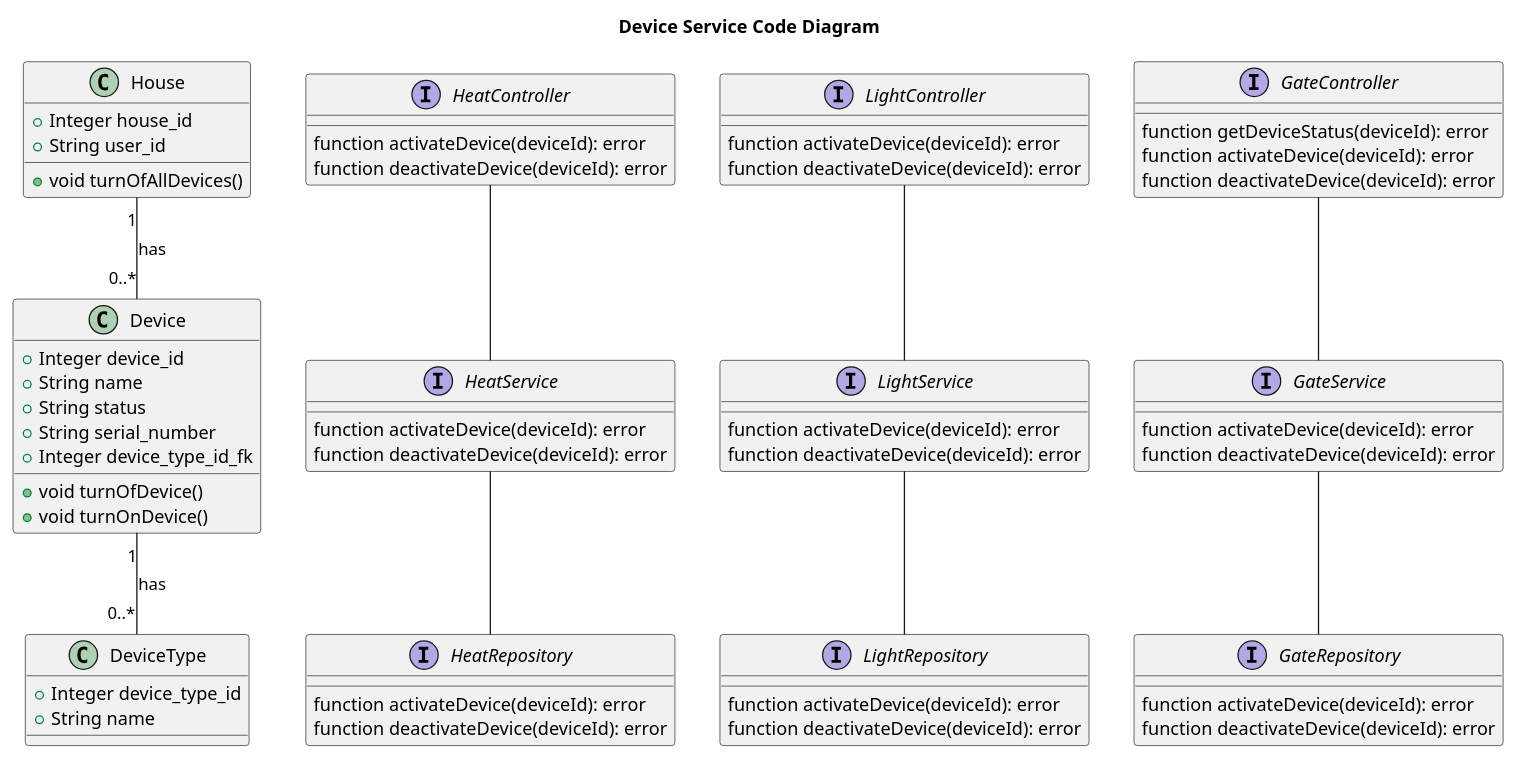
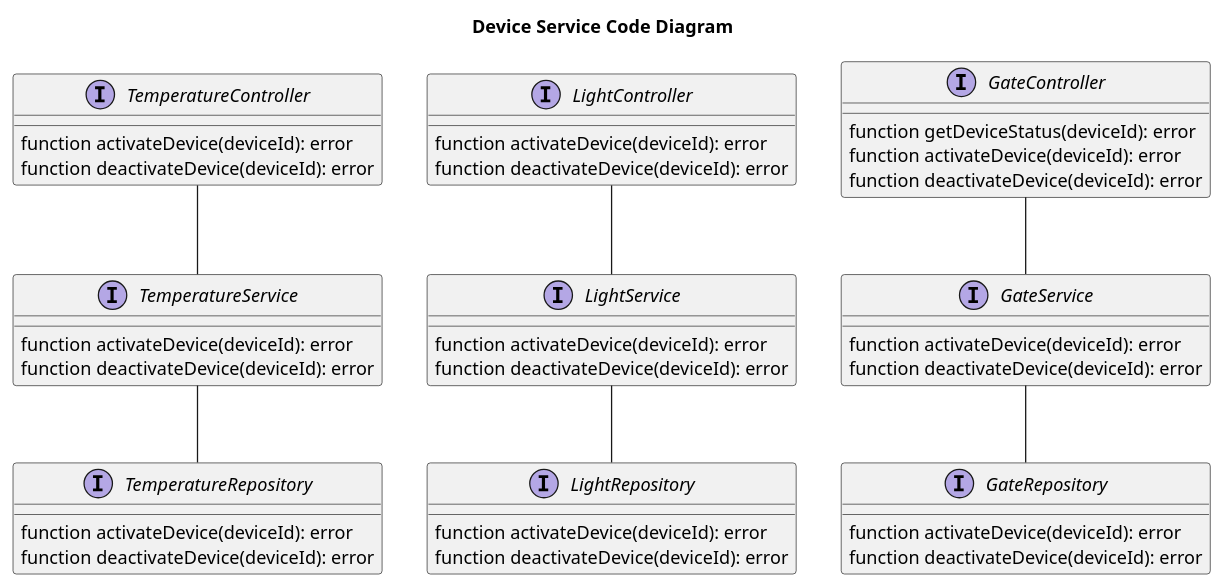
One commit to ildar-i/architecture-warmhouse changed the diagram in schemas/device_code.puml. Above: the diagram before and after it, drawn with PlantUML. The commit also changed 7 other files, not shown here.

```diff
--- a/schemas/device_code.puml
+++ b/schemas/device_code.puml
@@ -1,84 +1,60 @@
 @startuml
 title Device Service Code Diagram
 
-class House {
-    +Integer house_id
-    +String user_id
-    +void turnOfAllDevices()
-}
-
-class Device {
-    +Integer device_id
-    +String name
-    +String status
-    +String serial_number
-    +Integer device_type_id_fk
-    +void turnOfDevice()
-    +void turnOnDevice()
-}
-
-class DeviceType {
-    +Integer device_type_id
-    +String name
-}
-
-House "1" -- "0..*" Device : has
-Device "1" -- "0..*" DeviceType : has
-
-interface HeatController {
+interface TemperatureController {
 function activateDevice(deviceId): error
 function deactivateDevice(deviceId): error
 }
 
-interface HeatService {
+interface TemperatureService {
 function activateDevice(deviceId): error
 function deactivateDevice(deviceId): error
 }
 
-interface HeatRepository {
+interface TemperatureRepository {
 function activateDevice(deviceId): error
 function deactivateDevice(deviceId): error
 }
 
-HeatController " " -- " " HeatService
-HeatService " " -- " " HeatRepository
+TemperatureController " " -- " " TemperatureService
+TemperatureService " " -- " " TemperatureRepository
 
 interface LightController {
 function activateDevice(deviceId): error
 function deactivateDevice(deviceId): error
 }
 
 interface LightService {
 function activateDevice(deviceId): error
 function deactivateDevice(deviceId): error
 }
 
 interface LightRepository {
 function activateDevice(deviceId): error
 function deactivateDevice(deviceId): error
 }
 
 LightController " " -- " " LightService
 LightService " " -- " " LightRepository
 
 interface GateController {
 function getDeviceStatus(deviceId): error
 function activateDevice(deviceId): error
 function deactivateDevice(deviceId): error
 }
 
 interface GateService {
 function activateDevice(deviceId): error
 function deactivateDevice(deviceId): error
 }
 
 interface GateRepository {
 function activateDevice(deviceId): error
 function deactivateDevice(deviceId): error
 }
 
 GateController " " -- " " GateService
 GateService " " -- " " GateRepository
 
 
 @enduml
```
